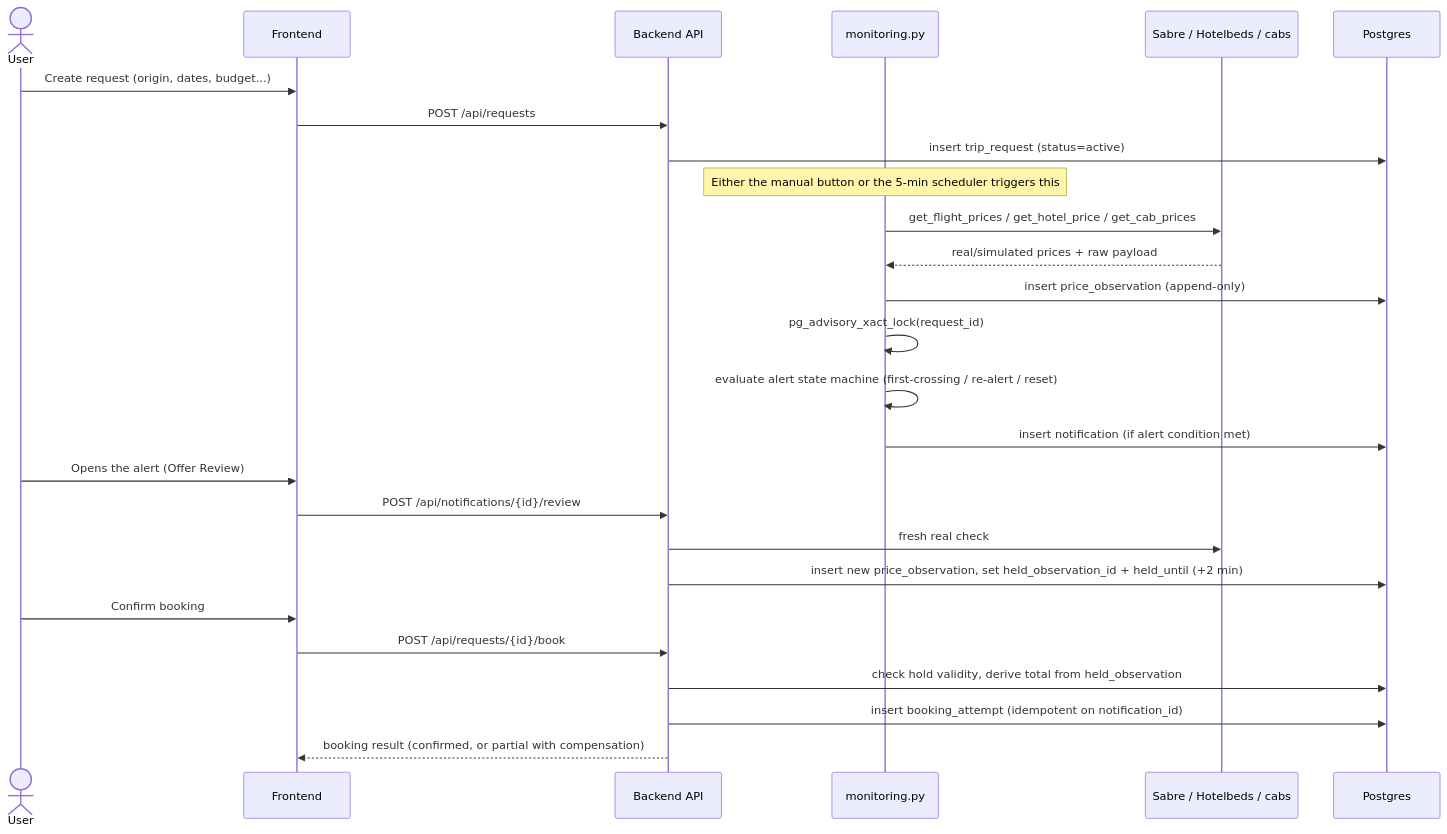
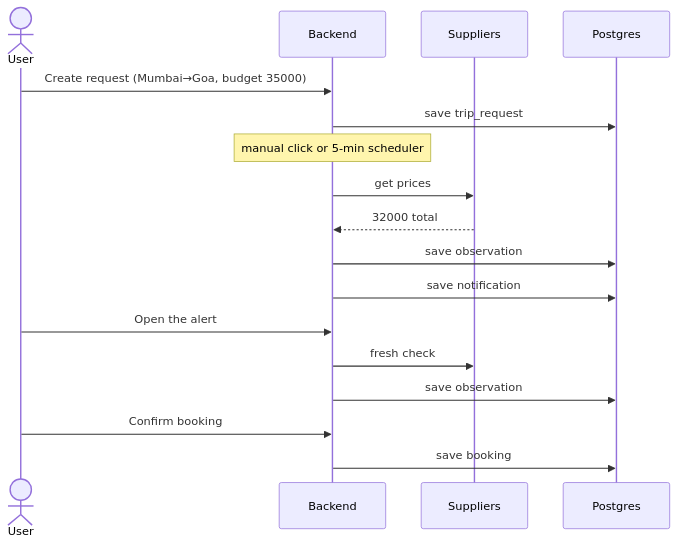
Before and after one commit to abhinavsingh-official/tavora-trip-watch: the third of 3 diagrams in docs/HOW_IT_WORKS.md, drawn with Mermaid. The commit also changed other lines of this file, not shown here.

Commit message:
Simplify diagrams, add a worked example with real-looking data

````diff
--- a/docs/HOW_IT_WORKS.md
+++ b/docs/HOW_IT_WORKS.md
@@ -125,32 +97,23 @@
 ```mermaid
 sequenceDiagram
     actor User
-    participant FE as Frontend
-    participant API as Backend API
-    participant MON as monitoring.py
-    participant SRC as Sabre / Hotelbeds / cabs
+    participant API as Backend
+    participant SRC as Suppliers
     participant DB as Postgres
 
-    User->>FE: Create request (origin, dates, budget...)
-    FE->>API: POST /api/requests
-    API->>DB: insert trip_request (status=active)
+    User->>API: Create request (Mumbai→Goa, budget 35000)
+    API->>DB: save trip_request #1
 
-    Note over MON: Either the manual button or the 5-min scheduler triggers this
-    MON->>SRC: get_flight_prices / get_hotel_price / get_cab_prices
-    SRC-->>MON: real/simulated prices + raw payload
-    MON->>DB: insert price_observation (append-only)
-    MON->>MON: pg_advisory_xact_lock(request_id)
-    MON->>MON: evaluate alert state machine (first-crossing / re-alert / reset)
-    MON->>DB: insert notification (if alert condition met)
+    Note over API: manual click or 5-min scheduler
+    API->>SRC: get prices
+    SRC-->>API: 32000 total
+    API->>DB: save observation #101 (32000 ≤ 35000 → alert)
+    API->>DB: save notification #7
 
-    User->>FE: Opens the alert (Offer Review)
-    FE->>API: POST /api/notifications/{id}/review
-    API->>SRC: fresh real check
-    API->>DB: insert new price_observation, set held_observation_id + held_until (+2 min)
+    User->>API: Open the alert
+    API->>SRC: fresh check
+    API->>DB: save observation #102 (31800), hold it 2 min
 
-    User->>FE: Confirm booking
-    FE->>API: POST /api/requests/{id}/book
-    API->>DB: check hold validity, derive total from held_observation
-    API->>DB: insert booking_attempt (idempotent on notification_id)
-    API-->>FE: booking result (confirmed, or partial with compensation)
+    User->>API: Confirm booking
+    API->>DB: save booking #5 (31800, confirmed)
 ```
````
